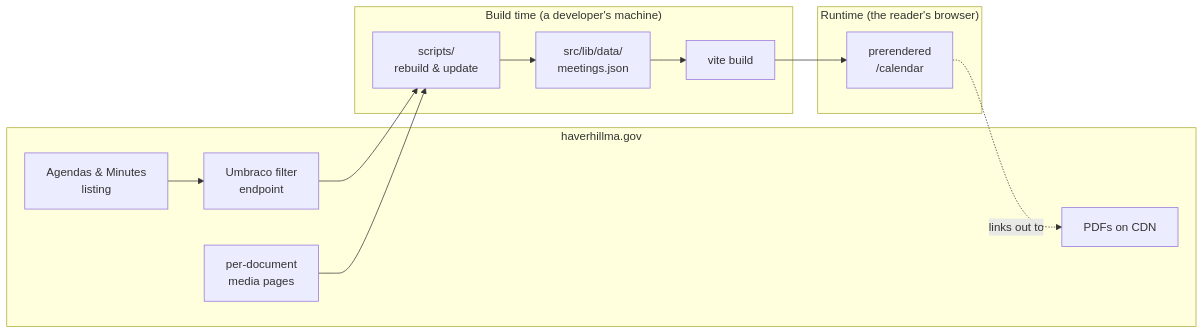
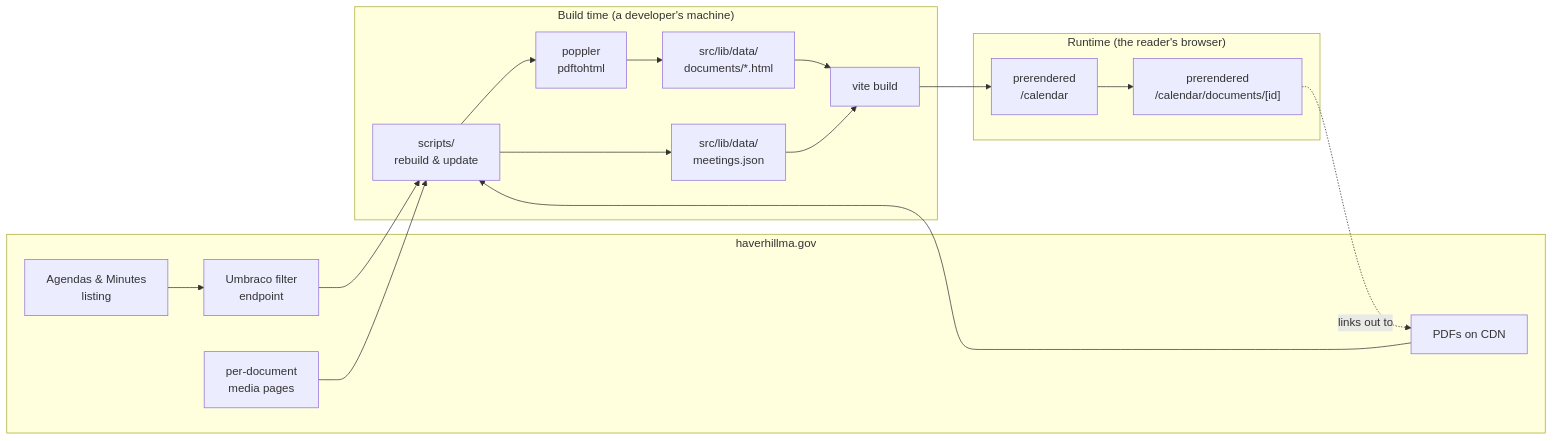
Before and after one commit to Alchemical-Artisans/civics: the diagram in docs/README.md, drawn with Mermaid. The commit also changed other lines of this file and 112 other files, not shown here.

````diff
--- a/docs/README.md
+++ b/docs/README.md
@@ -23,24 +25,28 @@
 ```mermaid
 flowchart LR
     subgraph city["haverhillma.gov"]
         L["Agendas & Minutes<br/>listing"]
         E["Umbraco filter<br/>endpoint"]
         M["per-document<br/>media pages"]
         P["PDFs on CDN"]
     end
 
     subgraph build["Build time (a developer's machine)"]
         S["scripts/<br/>rebuild &amp; update"]
+        C["poppler<br/>pdftohtml"]
         J["src/lib/data/<br/>meetings.json"]
+        D["src/lib/data/<br/>documents/*.html"]
         V["vite build"]
     end
 
     subgraph runtime["Runtime (the reader's browser)"]
         H["prerendered<br/>/calendar"]
+        O["prerendered<br/>/calendar/documents/[id]"]
     end
 
     L --> E --> S
     M --> S
-    S --> J --> V --> H
-    H -. "links out to" .-> P
+    P --> S --> C --> D --> V
+    S --> J --> V --> H --> O
+    O -. "links out to" .-> P
 ```
````
